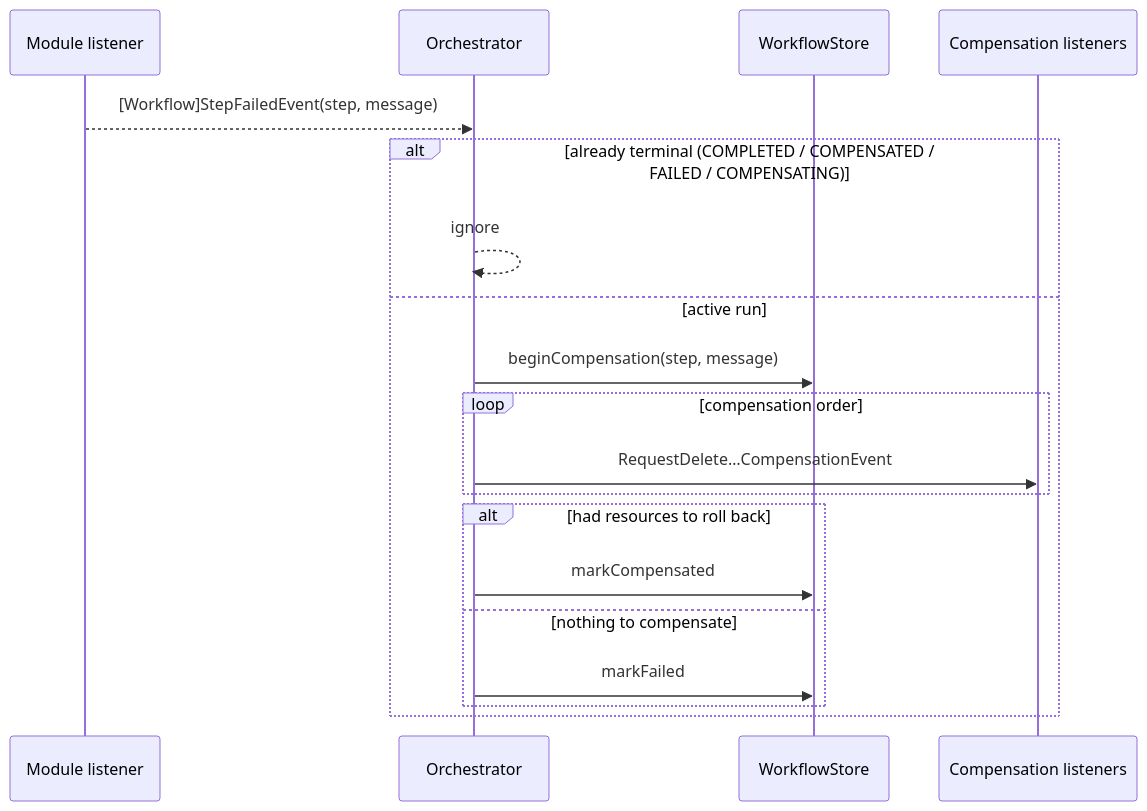
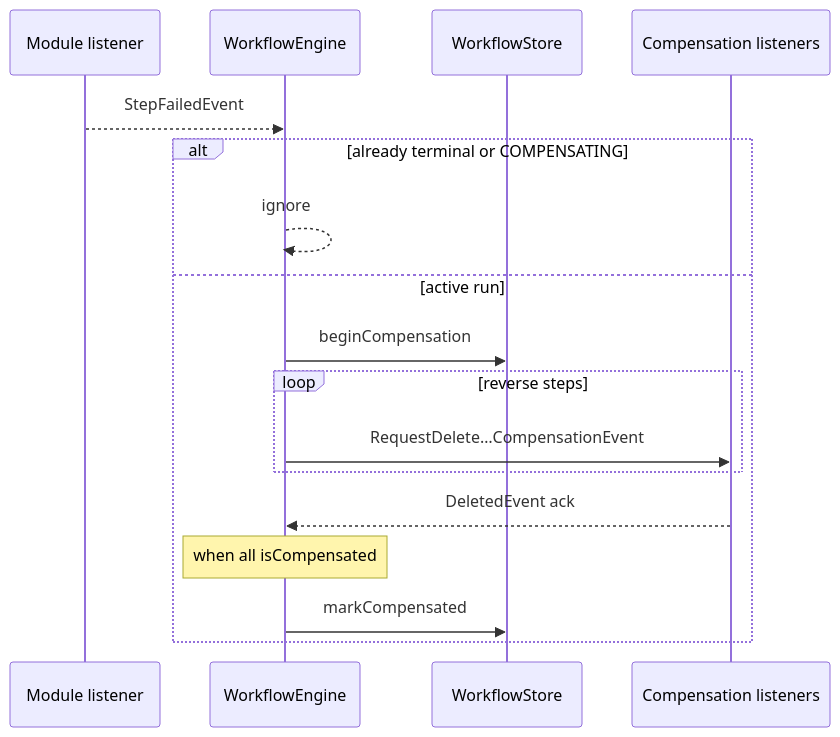
The second of 2 diagrams in .agent/skills/workflow-template.md (khinemyaezin/grab), drawn with Mermaid before and after one commit. The commit also changed other lines of this file and 39 other files, not shown here.

````diff
--- a/.agent/skills/workflow-template.md
+++ b/.agent/skills/workflow-template.md
@@ -167,22 +155,20 @@
 ```mermaid
 sequenceDiagram
     participant Mod as Module listener
-    participant O as Orchestrator
+    participant E as WorkflowEngine
     participant WS as WorkflowStore
     participant Comp as Compensation listeners
 
-    Mod-->>O: [Workflow]StepFailedEvent(step, message)
-    alt already terminal (COMPLETED / COMPENSATED / FAILED / COMPENSATING)
-        O-->>O: ignore
+    Mod-->>E: StepFailedEvent
+    alt already terminal or COMPENSATING
+        E-->>E: ignore
     else active run
-        O->>WS: beginCompensation(step, message)
-        loop compensation order
-            O->>Comp: RequestDelete…CompensationEvent
+        E->>WS: beginCompensation
+        loop reverse steps
+            E->>Comp: RequestDelete…CompensationEvent
         end
-        alt had resources to roll back
-            O->>WS: markCompensated
-        else nothing to compensate
-            O->>WS: markFailed
-        end
+        Comp-->>E: DeletedEvent ack
+        Note over E: when all isCompensated
+        E->>WS: markCompensated
     end
 ```
````
